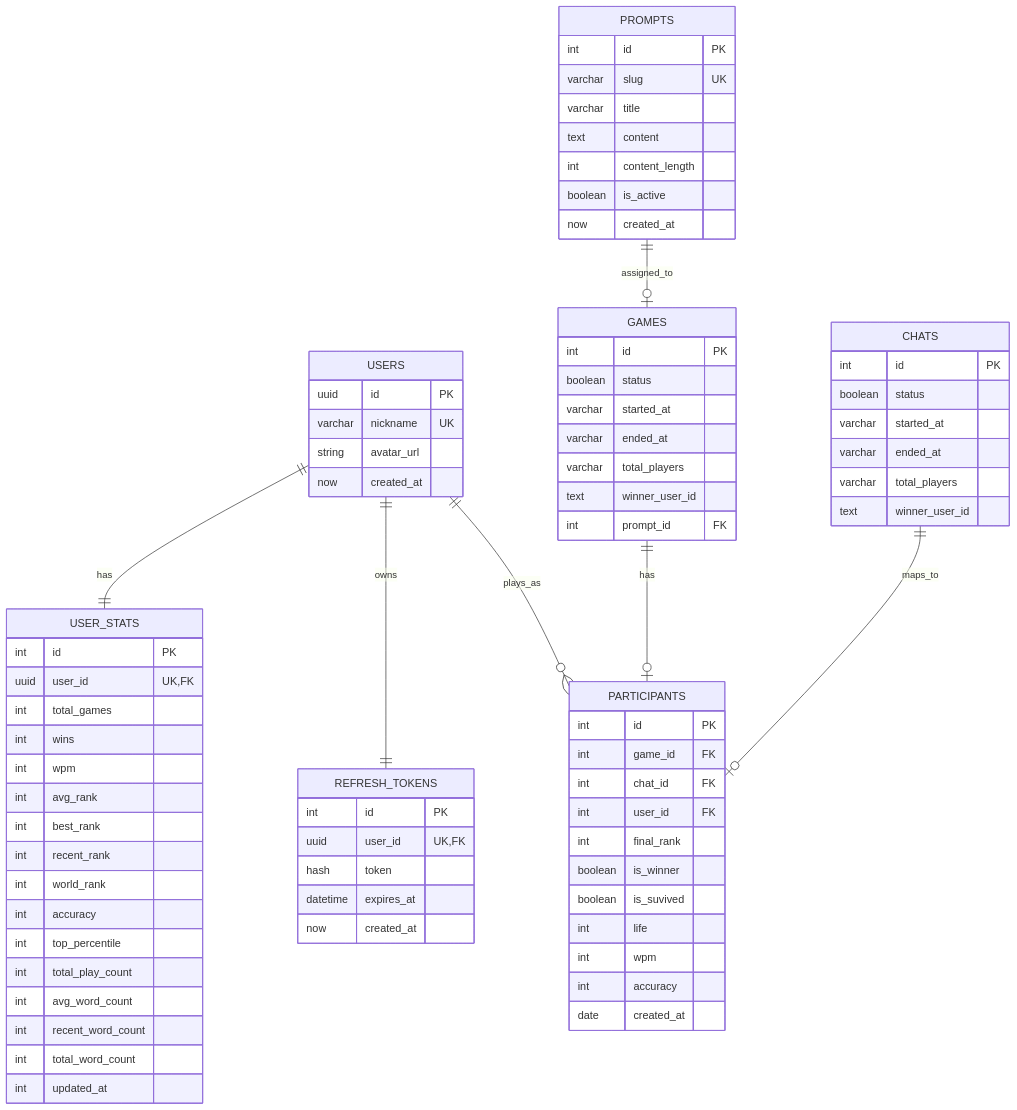
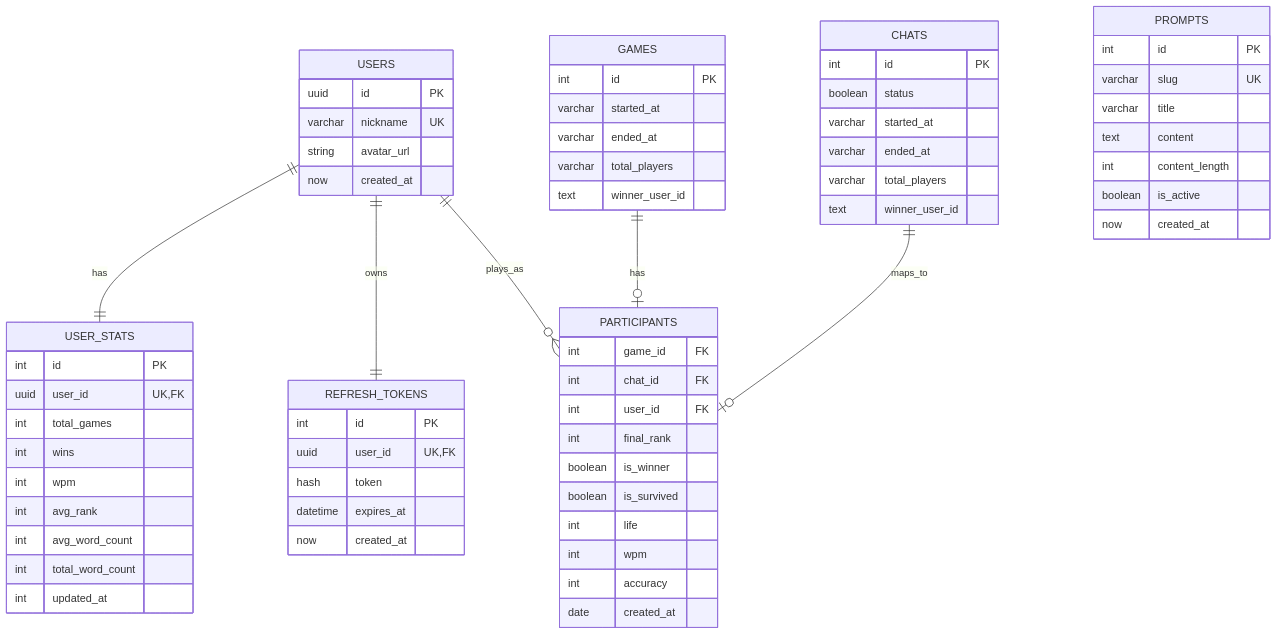
The diagram in apps/backend/docs/erd.md (prgrms-fullcycle-devcourse/webfull_9_10_HotSix), drawn with Mermaid before and after one commit. The commit also changed other lines of this file and 7 other files, not shown here.

Commit message:
fix: DB schema와 달라 저장 오류가 발생하는 버그 수정

```diff
--- a/apps/backend/docs/erd.md
+++ b/apps/backend/docs/erd.md
@@ -91,7 +81,6 @@
     USERS ||--|| USER_STATS : has
     USERS ||--|| REFRESH_TOKENS : owns
     USERS ||--o{ PARTICIPANTS : plays_as
-    PROMPTS ||--o| GAMES : assigned_to
     GAMES ||--o| PARTICIPANTS : has
     CHATS ||--o| PARTICIPANTS : maps_to
 
@@ -109,14 +98,7 @@
       int wins
       int wpm
       int avg_rank
-      int best_rank
-      int recent_rank
-      int world_rank
-      int accuracy
-      int top_percentile
-      int total_play_count
       int avg_word_count
-      int recent_word_count
       int total_word_count
       int updated_at
     }
@@ -141,22 +123,19 @@
 
     GAMES {
       int id PK
-      boolean status
       varchar started_at
       varchar ended_at
       varchar total_players
       text winner_user_id
-      int prompt_id FK
     }
 
     PARTICIPANTS {
-      int id PK
       int game_id FK
       int chat_id FK
       int user_id FK
       int final_rank
       boolean is_winner
-      boolean is_suvived
+      boolean is_survived
       int life
       int wpm
       int accuracy
```
